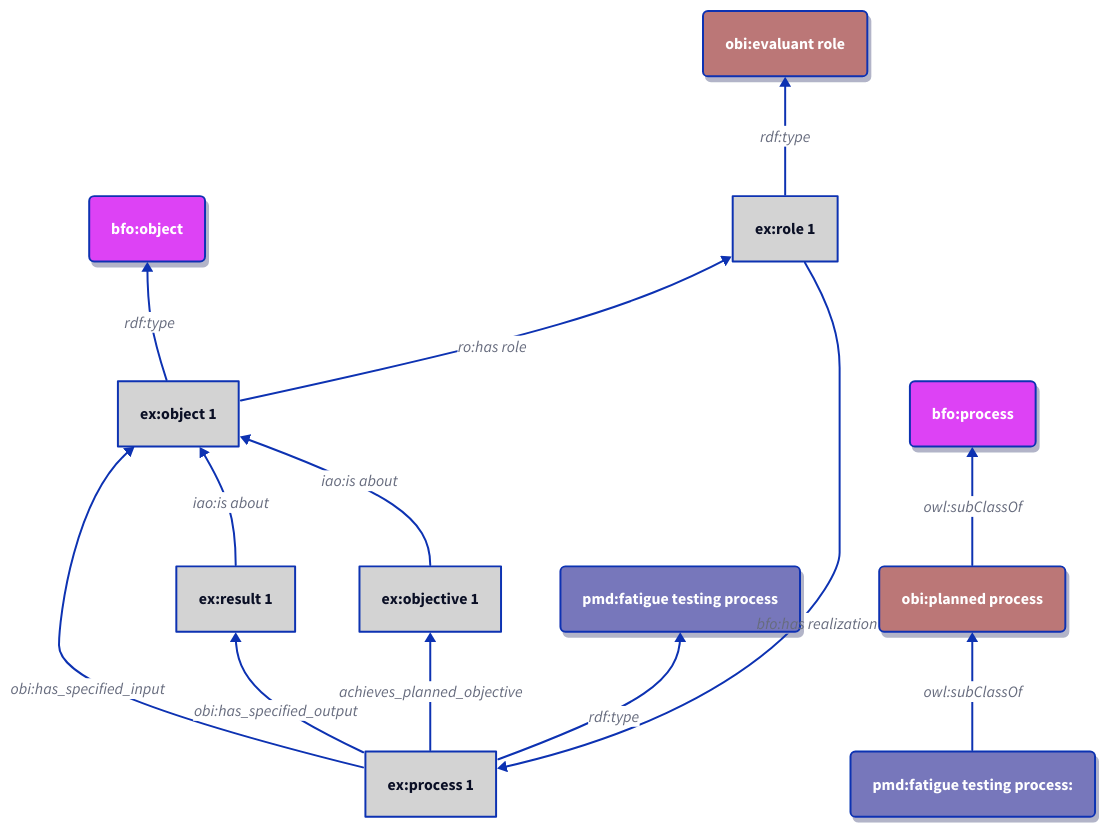
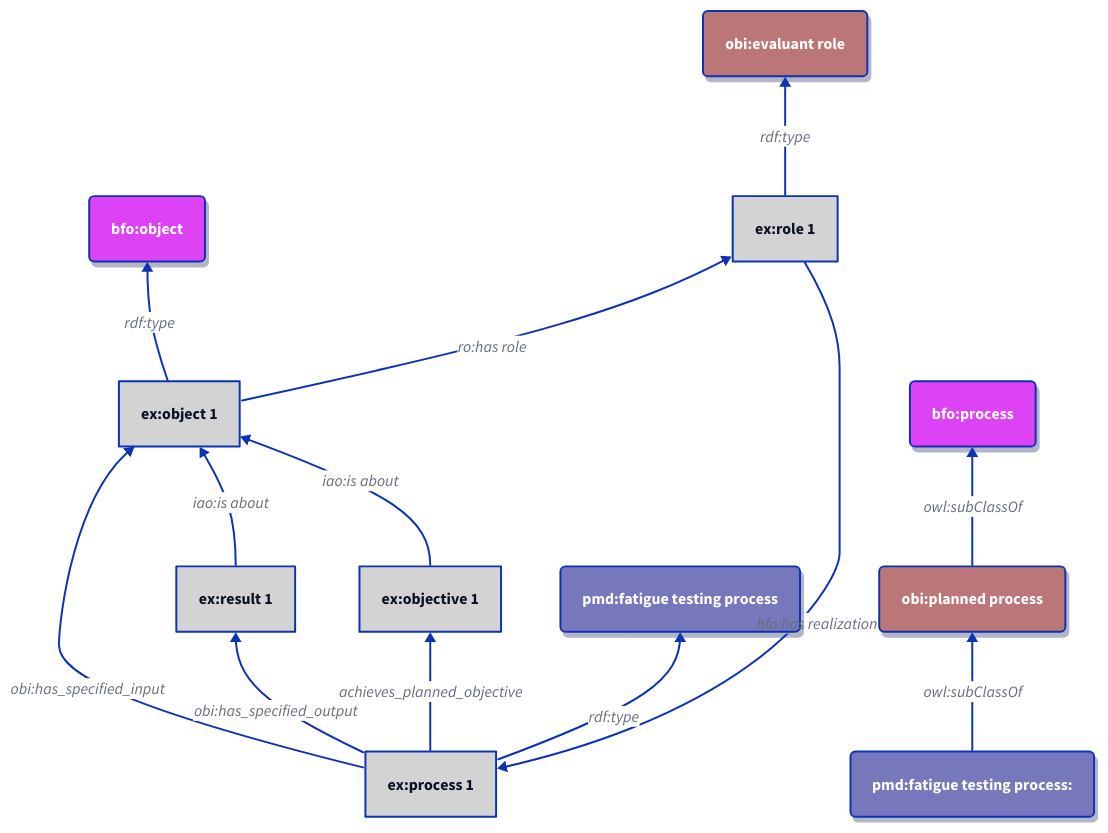
Before and after one commit to materialdigital/core-ontology: the fourth of 4 diagrams in docs/patterns.md, drawn with D2.

Commit message:
typo in docu

````diff
--- a/docs/patterns.md
+++ b/docs/patterns.md
@@ -350,60 +350,60 @@
 ```d2
 direction: up
 
 classes: {
   bfoclazz: {
     style: {
       fill: "#dd42f5"
       shadow: true
       border-radius: 5
       font-color: white
     }
   }
   pmdclazz: {
     style: {
       fill: "#7777BB"
       shadow: true
       border-radius: 5
       font-color: white
     }
   }
   obiclazz: {
     style: {
       fill: "#BB7777"
       shadow: true
       border-radius: 5
       font-color: white
     }
   }
   individual: {
     style: {
       fill: "lightgrey"
     }
   }
 }
 bfo*.class: bfoclazz
 pmd*.class: pmdclazz
 obi*.class: obiclazz
 ex*.class: individual
 
 "ex:process 1" -> "ex:object 1": "obi:has_specified_input"
 "ex:process 1" -> "ex:result 1": "obi:has_specified_output"
 "ex:process 1" -> "ex:objective 1": "achieves_planned_objective"
 
 "ex:objective 1" -> "ex:object 1": "iao:is about"
 "ex:result 1" -> "ex:object 1": "iao:is about"
 "ex:process 1" -> "pmd:fatigue testing process": "rdf:type"
-"pmd:fatigue testing process: " -> "obi:planned process": "owl:subClassOf"
+"pmd:fatigue testing process:" -> "obi:planned process": "owl:subClassOf"
 "obi:planned process" -> "bfo:process": "owl:subClassOf"
 
 "ex:object 1" -> "bfo:object": "rdf:type"
 "ex:object 1" -> "ex:role 1": "ro:has role"
 "ex:role 1" -> "obi:evaluant role": "rdf:type"
 "ex:role 1" -> "ex:process 1": "bfo:has realization"
 
 # "bfo:object": {
 #  near: center-left
 # }
 
 
 ```
````
